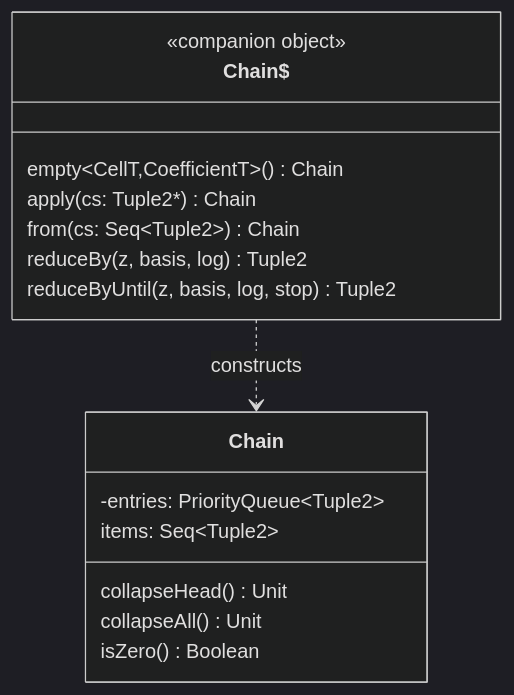
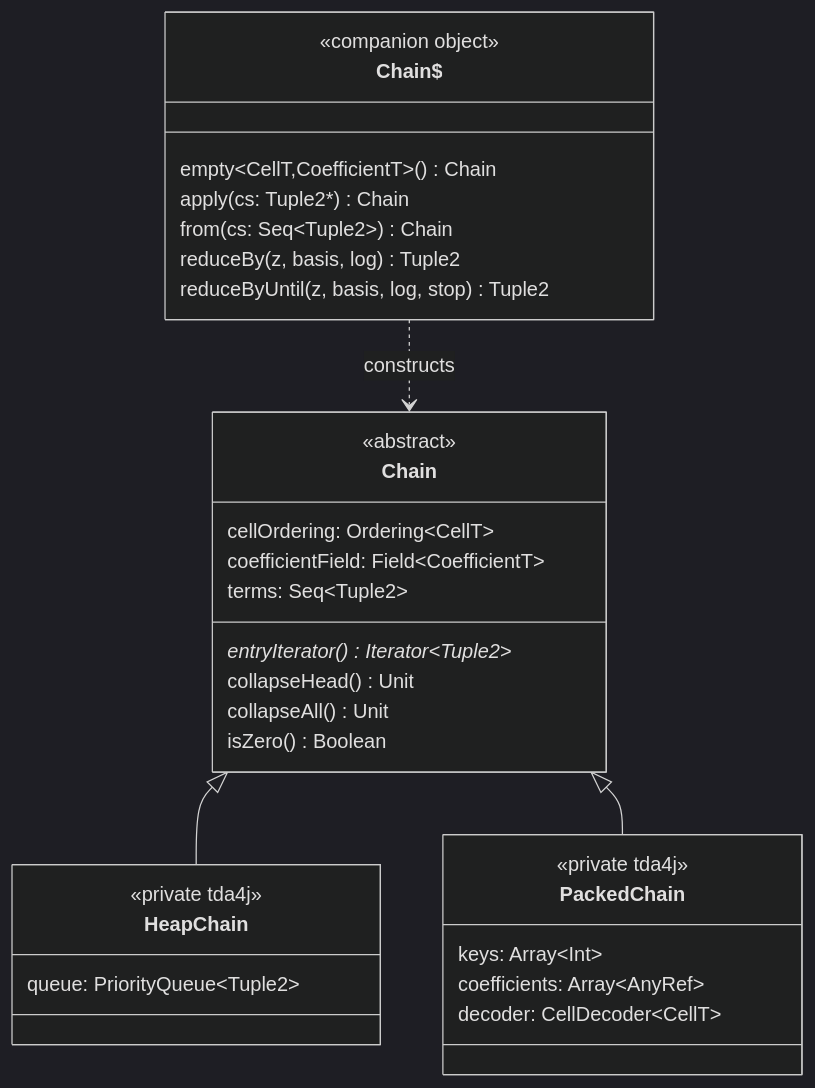
Before and after one commit to appliedtopology/tda4j: the second of 7 diagrams in _docs/developers-guide/class-diagrams.md, drawn with Mermaid (dark theme). The commit also changed 17 other files, not shown here.

````diff
--- a/_docs/developers-guide/class-diagrams.md
+++ b/_docs/developers-guide/class-diagrams.md
@@ -73,19 +73,34 @@
 ```mermaid
 classDiagram
     class Chain {
-        -entries: PriorityQueue~Tuple2~
+        <<abstract>>
+        cellOrdering: Ordering~CellT~
+        coefficientField: Field~CoefficientT~
+        entryIterator()* Iterator~Tuple2~
         collapseHead() Unit
         collapseAll() Unit
         isZero() Boolean
-        items: Seq~Tuple2~
+        terms: Seq~Tuple2~
     }
+    class HeapChain {
+        <<private tda4j>>
+        queue: PriorityQueue~Tuple2~
+    }
+    class PackedChain {
+        <<private tda4j>>
+        keys: Array~Int~
+        coefficients: Array~AnyRef~
+        decoder: CellDecoder~CellT~
+    }
+    Chain <|-- HeapChain
+    Chain <|-- PackedChain
     class `Chain$` {
         <<companion object>>
         empty~CellT,CoefficientT~() Chain
         apply(cs: Tuple2*) Chain
         from(cs: Seq~Tuple2~) Chain
         reduceBy(z, basis, log) Tuple2
         reduceByUntil(z, basis, log, stop) Tuple2
     }
     `Chain$` ..> Chain : constructs
 ```
````
